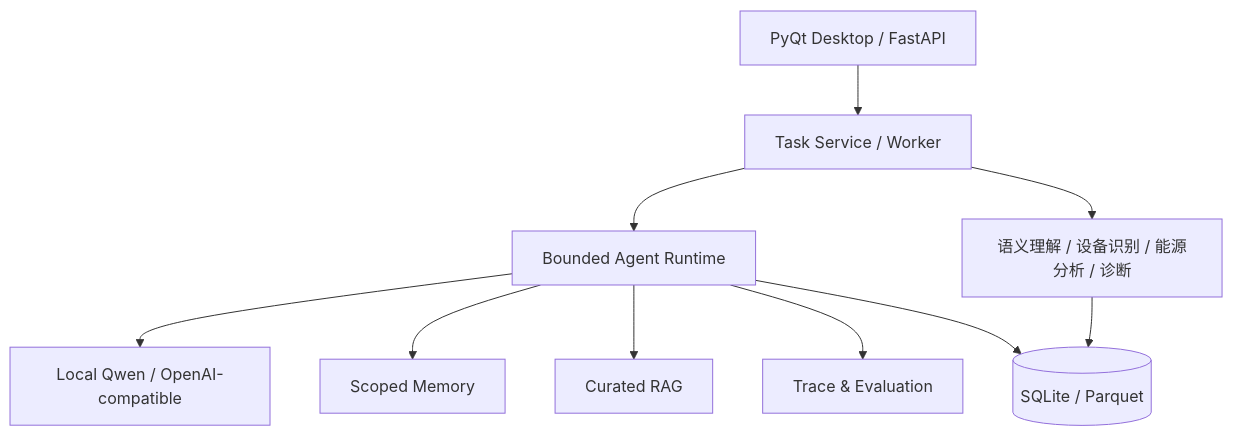
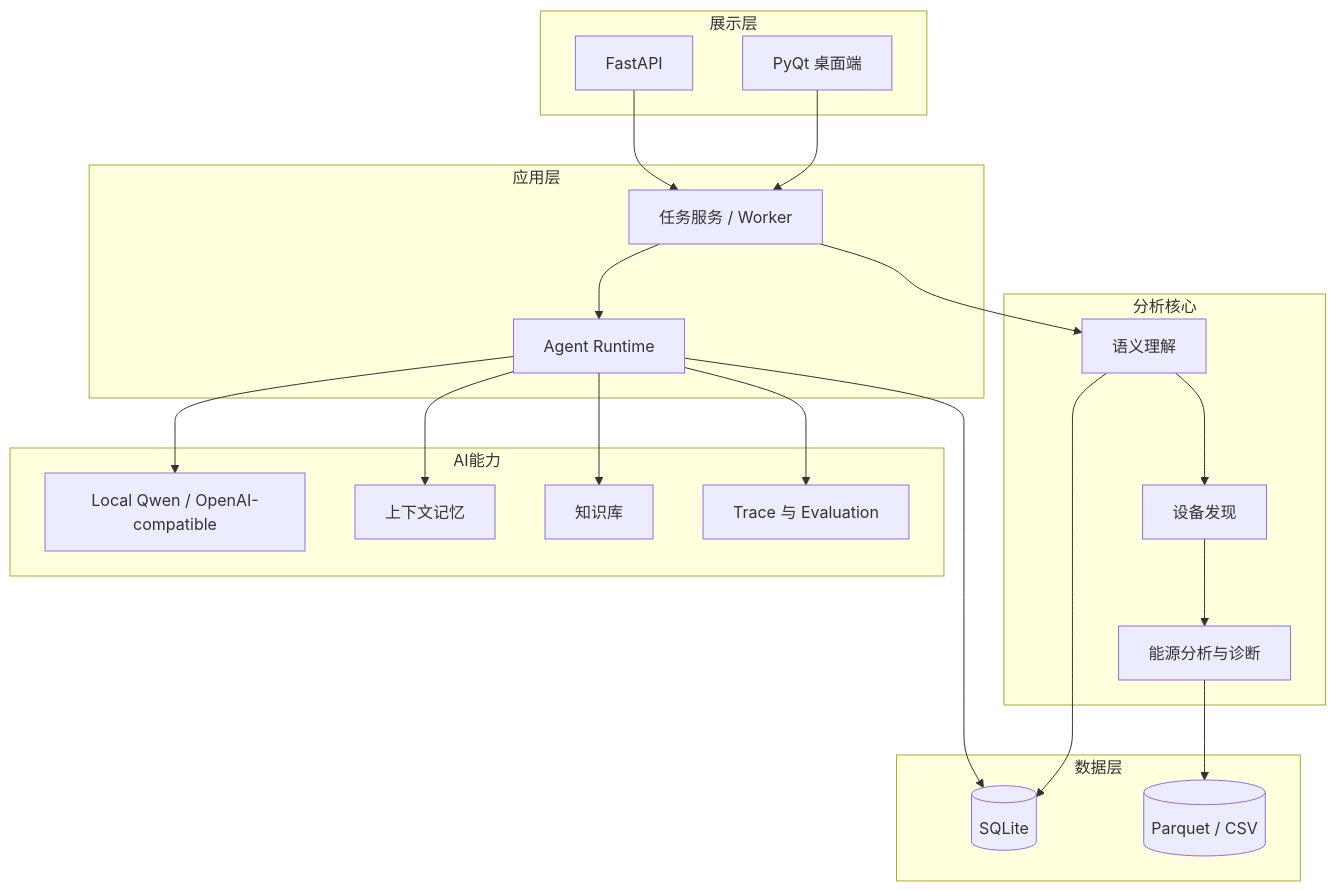
Before and after one commit to KaedeharaT/hvac-ai-analyzer: the third of 3 diagrams in README_zh.md, drawn with Mermaid. The commit also changed other lines of this file and 1 other file, not shown here.

````diff
--- a/README_zh.md
+++ b/README_zh.md
@@ -119,12 +182,37 @@
 ```mermaid
 flowchart TB
-    UI[PyQt Desktop / FastAPI] --> TASK[Task Service / Worker]
-    TASK --> AGENT[Bounded Agent Runtime]
-    TASK --> CORE[语义理解 / 设备识别 / 能源分析 / 诊断]
-    AGENT --> LLM[Local Qwen / OpenAI-compatible]
-    AGENT --> MEMORY[Scoped Memory]
-    AGENT --> RAG[Curated RAG]
-    AGENT --> TRACE[Trace & Evaluation]
-    CORE --> STORE[(SQLite / Parquet)]
-    AGENT --> STORE
+    subgraph 展示层
+        UI[PyQt 桌面端]
+        API[FastAPI]
+    end
+    subgraph 应用层
+        TASK[任务服务 / Worker]
+        AGENT[Agent Runtime]
+    end
+    subgraph 分析核心
+        SEM[语义理解]
+        EQUIP[设备发现]
+        ANALYTICS[能源分析与诊断]
+    end
+    subgraph AI能力
+        LLM[Local Qwen / OpenAI-compatible]
+        MEM[上下文记忆]
+        RAG[知识库]
+        TRACE[Trace 与 Evaluation]
+    end
+    subgraph 数据层
+        DB[(SQLite)]
+        DATA[(Parquet / CSV)]
+    end
+    UI --> TASK
+    API --> TASK
+    TASK --> AGENT
+    TASK --> SEM --> EQUIP --> ANALYTICS
+    AGENT --> LLM
+    AGENT --> MEM
+    AGENT --> RAG
+    AGENT --> TRACE
+    SEM --> DB
+    ANALYTICS --> DATA
+    AGENT --> DB
 ```
````
